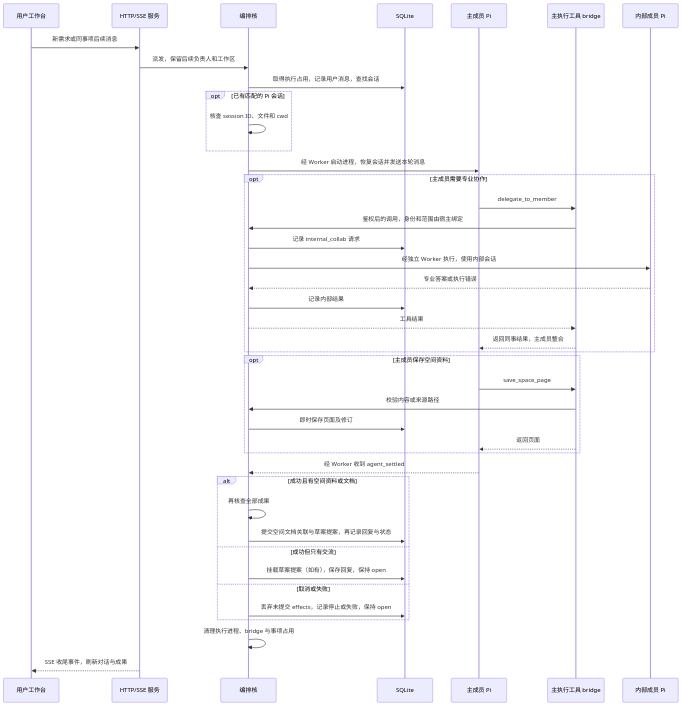
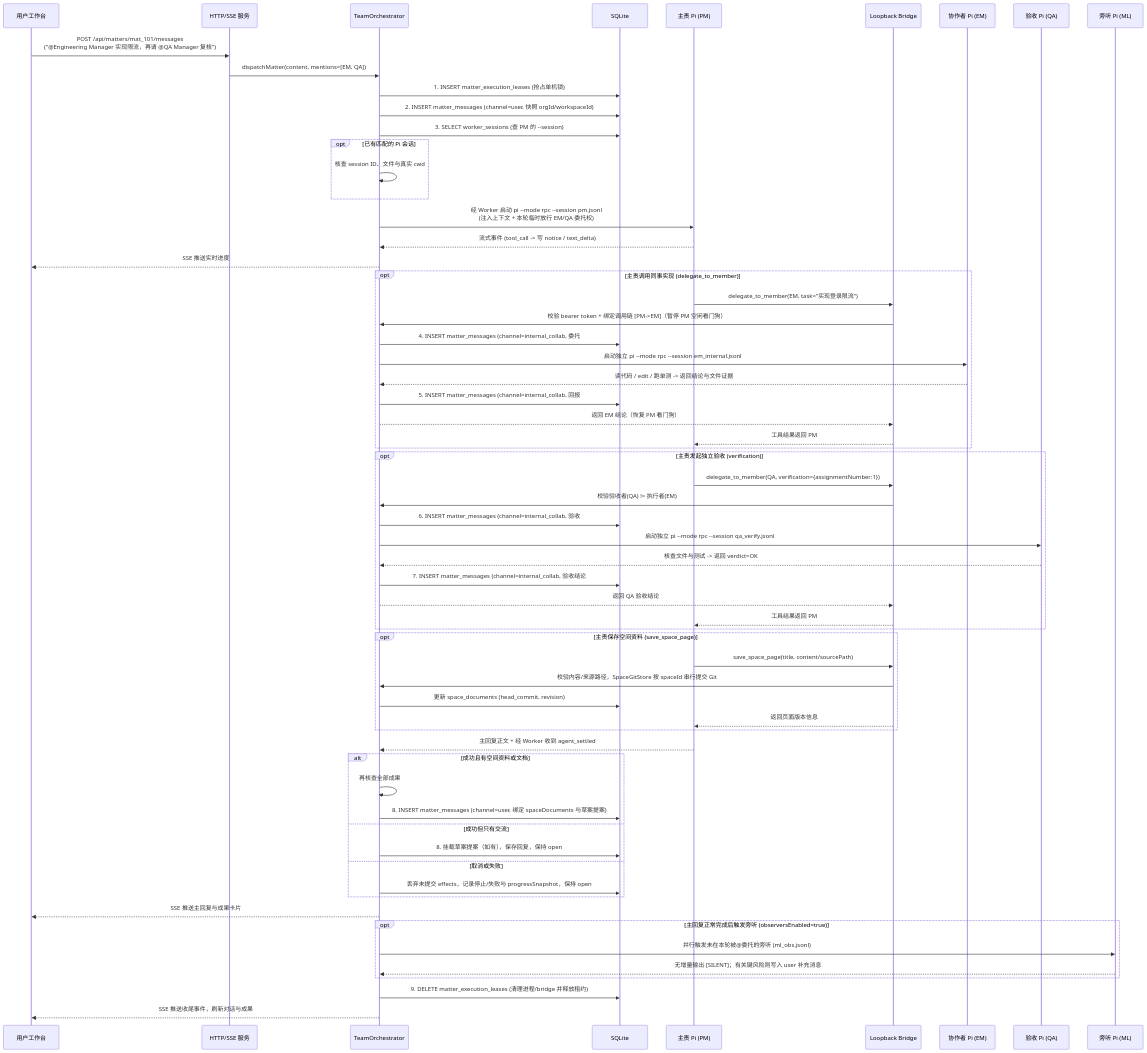
Before and after one commit to civaapple-alt/personal-agent: the second of 2 diagrams in docs/concepts/architecture-and-plan.md, drawn with Mermaid. The commit also changed other lines of this file and 3 other files, not shown here.

Commit message:
docs: add P-0906 0.9.0 roadmap and end-to-end collaboration data-flow diagram

````diff
--- a/docs/concepts/architecture-and-plan.md
+++ b/docs/concepts/architecture-and-plan.md
@@ -249,45 +249,72 @@
 ```mermaid
 sequenceDiagram
     participant U as 用户工作台
     participant A as HTTP/SSE 服务
-    participant O as 编排核
+    participant O as TeamOrchestrator
     participant S as SQLite
-    participant M as 主成员 Pi
-    participant B as 主执行工具 bridge
-    participant C as 内部成员 Pi
+    participant PM as 主责 Pi (PM)
+    participant B as Loopback Bridge
+    participant EM as 协作者 Pi (EM)
+    participant QA as 验收 Pi (QA)
+    participant ML as 旁听 Pi (ML)
 
-    U->>A: 新需求或同事项后续消息
-    A->>O: 派发，保留后续负责人和工作区
-    O->>S: 取得执行占用，记录用户消息，查找会话
+    U->>A: POST /api/matters/mat_101/messages<br/>("@Engineering Manager 实现限流，再请 @QA Manager 复核")
+    A->>O: dispatchMatter(content, mentions=[EM, QA])
+    O->>S: 1. INSERT matter_execution_leases (抢占单机锁)
+    O->>S: 2. INSERT matter_messages (channel=user, 快照 orgId/workspaceId)
+    O->>S: 3. SELECT worker_sessions (查 PM 的 --session)
     opt 已有匹配的 Pi 会话
-        O->>O: 核查 session ID、文件和 cwd
+        O->>O: 核查 session ID、文件与真实 cwd
     end
-    O->>M: 经 Worker 启动进程，恢复会话并发送本轮消息
-    opt 主成员需要专业协作
-        M->>B: delegate_to_member
-        B->>O: 鉴权后的调用，身份和范围由宿主绑定
-        O->>S: 记录 internal_collab 请求
-        O->>C: 经独立 Worker 执行，使用内部会话
-        C-->>O: 专业答案或执行错误
-        O->>S: 记录内部结果
-        O-->>B: 工具结果
-        B-->>M: 返回同事结果，主成员整合
+    O->>PM: 经 Worker 启动 pi --mode rpc --session pm.jsonl<br/>(注入上下文 + 本轮临时放行 EM/QA 委托权)
+    PM-->>O: 流式事件 (tool_call -> 写 notice / text_delta)
+    O-->>U: SSE 推送实时进度
+
+    opt 主责调用同事实现 (delegate_to_member)
+        PM->>B: delegate_to_member(EM, task="实现登录限流")
+        B->>O: 校验 bearer token + 绑定调用链 [PM->EM]（暂停 PM 空闲看门狗）
+        O->>S: 4. INSERT matter_messages (channel=internal_collab, 委托#1)
+        O->>EM: 启动独立 pi --mode rpc --session em_internal.jsonl
+        EM-->>O: 读代码 / edit / 跑单测 -> 返回结论与文件证据
+        O->>S: 5. INSERT matter_messages (channel=internal_collab, 回报#1)
+        O-->>B: 返回 EM 结论（恢复 PM 看门狗）
+        B-->>PM: 工具结果返回 PM
     end
-    opt 主成员保存空间资料
-        M->>B: save_space_page
-        B->>O: 校验内容或来源路径
-        O->>S: 即时保存页面及修订
-        B-->>M: 返回页面
+
+    opt 主责发起独立验收 (verification)
+        PM->>B: delegate_to_member(QA, verification={assignmentNumber:1})
+        B->>O: 校验验收者(QA) != 执行者(EM)
+        O->>S: 6. INSERT matter_messages (channel=internal_collab, 验收#2)
+        O->>QA: 启动独立 pi --mode rpc --session qa_verify.jsonl
+        QA-->>O: 核查文件与测试 -> 返回 verdict=OK
+        O->>S: 7. INSERT matter_messages (channel=internal_collab, 验收结论#2)
+        O-->>B: 返回 QA 验收结论
+        B-->>PM: 工具结果返回 PM
     end
-    M-->>O: 经 Worker 收到 agent_settled
+
+    opt 主责保存空间资料 (save_space_page)
+        PM->>B: save_space_page(title, content/sourcePath)
+        B->>O: 校验内容/来源路径，SpaceGitStore 按 spaceId 串行提交 Git
+        O->>S: 更新 space_documents (head_commit, revision)
+        B-->>PM: 返回页面版本信息
+    end
+
+    PM-->>O: 主回复正文 + 经 Worker 收到 agent_settled
     alt 成功且有空间资料或文档
         O->>O: 再核查全部成果
-        O->>S: 提交空间文档关联与草案提案，再记录回复与状态
+        O->>S: 8. INSERT matter_messages (channel=user, 绑定 spaceDocuments 与草案提案)
     else 成功但只有交流
-        O->>S: 挂载草案提案（如有），保存回复，保持 open
+        O->>S: 8. 挂载草案提案（如有），保存回复，保持 open
     else 取消或失败
-        O->>S: 丢弃未提交 effects，记录停止或失败，保持 open
+        O->>S: 丢弃未提交 effects，记录停止/失败与 progressSnapshot，保持 open
     end
-    O->>O: 清理执行进程、bridge 与事项占用
-    A-->>U: SSE 收尾事件，刷新对话与成果
+    O-->>U: SSE 推送主回复与成果卡片
+
+    opt 主回复正常完成后触发旁听 (observersEnabled=true)
+        O->>ML: 并行触发未在本轮被@委托的旁听 (ml_obs.jsonl)
+        ML-->>O: 无增量输出 [SILENT]；有关键风险则写入 user 补充消息
+    end
+
+    O->>S: 9. DELETE matter_execution_leases (清理进程/bridge 并释放租约)
+    O-->>U: SSE 推送收尾事件，刷新对话与成果
 ```
````
